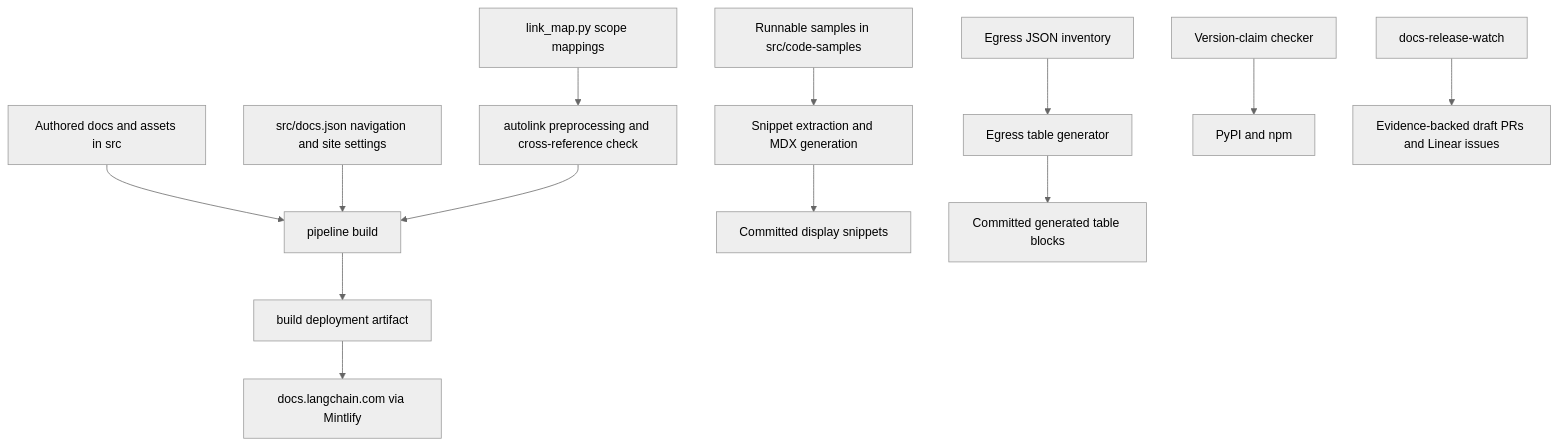
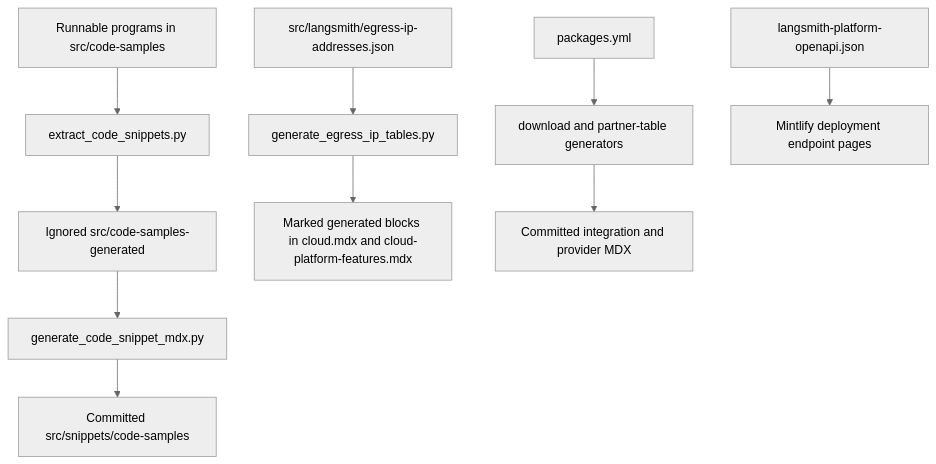
One commit to langchain-ai/docs changed the second of 2 diagrams in openwiki/architecture/source-map.md. Above: the diagram before and after it, drawn with Mermaid (neutral theme). The commit also changed other lines of this file and 54 other files, not shown here.

````diff
--- a/openwiki/architecture/source-map.md
+++ b/openwiki/architecture/source-map.md
@@ -71,15 +124,12 @@
 ```mermaid
 flowchart TD
-    Authored["Authored docs and assets in src"] --> Pipeline["pipeline build"]
-    Nav["src/docs.json navigation and site settings"] --> Pipeline
-    Links["link_map.py scope mappings"] --> CrossRefs["autolink preprocessing and cross-reference check"]
-    CrossRefs --> Pipeline
-    Pipeline --> Build["build deployment artifact"]
-    Build --> Site["docs.langchain.com via Mintlify"]
-    Samples["Runnable samples in src/code-samples"] --> SnippetTools["Snippet extraction and MDX generation"]
-    SnippetTools --> Snippets["Committed display snippets"]
-    Inventory["Egress JSON inventory"] --> EgressTool["Egress table generator"]
-    EgressTool --> Pages["Committed generated table blocks"]
-    VersionCheck["Version-claim checker"] --> Registries["PyPI and npm"]
-    ReleaseWatch["docs-release-watch"] --> Drafts["Evidence-backed draft PRs and Linear issues"]
+    Samples["Runnable programs in src/code-samples"] --> Extract["extract_code_snippets.py"]
+    Extract --> Intermediate["Ignored src/code-samples-generated"]
+    Intermediate --> SnippetMDX["generate_code_snippet_mdx.py"]
+    SnippetMDX --> Snippets["Committed src/snippets/code-samples"]
+    Inventory["src/langsmith/egress-ip-addresses.json"] --> Egress["generate_egress_ip_tables.py"]
+    Egress --> Tables["Marked generated blocks in cloud.mdx and cloud-platform-features.mdx"]
+    Packages["packages.yml"] --> Downloads["download and partner-table generators"]
+    Downloads --> PackageMDX["Committed integration and provider MDX"]
+    OpenAPI["langsmith-platform-openapi.json"] --> MintAPI["Mintlify deployment endpoint pages"]
 ```
````
